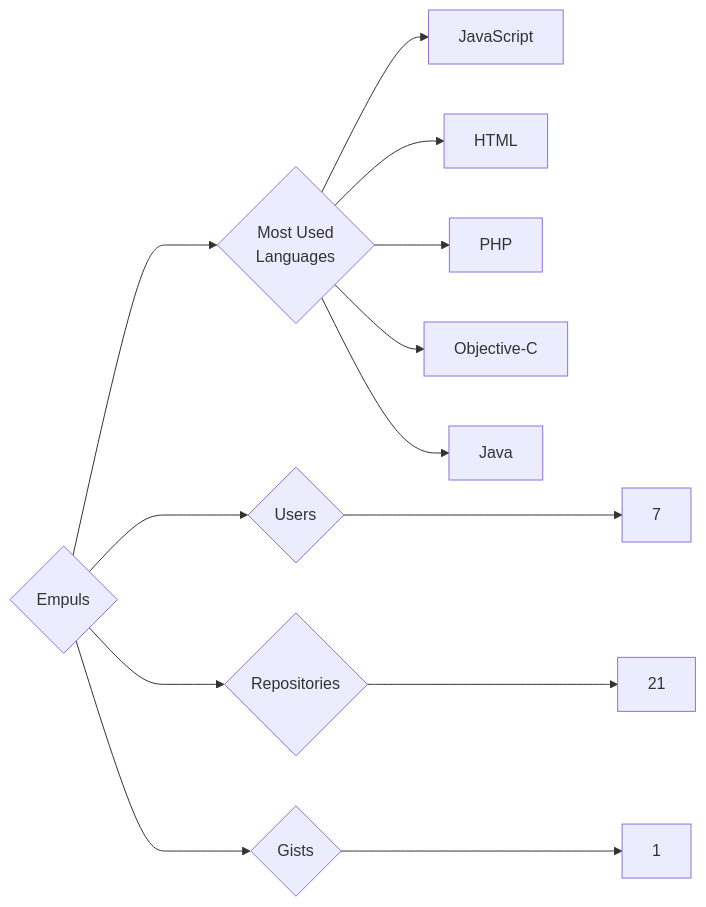
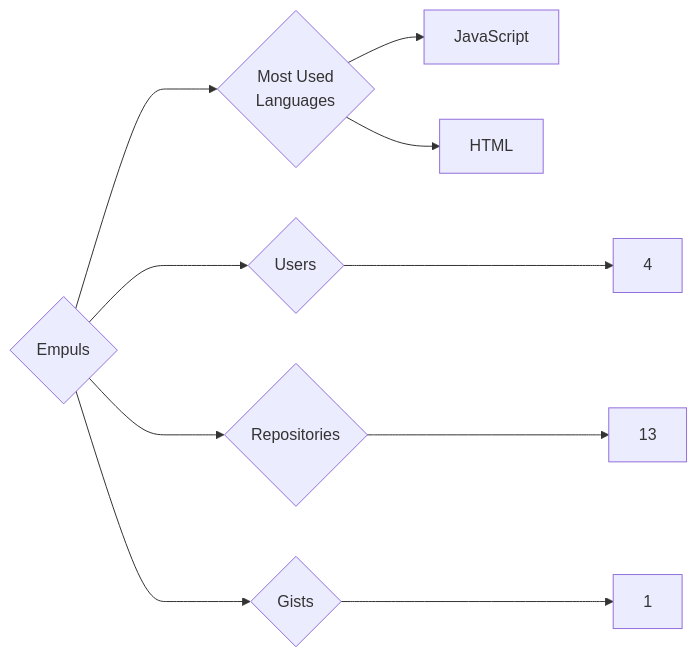
The diagram in targets/Empuls/README.md (trickest/insiders), drawn with Mermaid before and after one commit. The commit also changed 857 other files, not shown here.

````diff
--- a/targets/Empuls/README.md
+++ b/targets/Empuls/README.md
@@ -3,13 +3,10 @@
 ```mermaid
 graph LR
 COMPANY_NAME{Empuls}
-COMPANY_NAME ---> U{Users} ---> UN[7]
-COMPANY_NAME ---> R{Repositories} ---> RN[21]
+COMPANY_NAME ---> U{Users} ---> UN[4]
+COMPANY_NAME ---> R{Repositories} ---> RN[13]
 COMPANY_NAME ---> G{Gists} ---> GN[1]
 COMPANY_NAME ---> ML{Most Used<br>Languages}
 ML --> JavaScript[JavaScript]
 ML --> HTML[HTML]
-ML --> PHP[PHP]
-ML --> Objective-C[Objective-C]
-ML --> Java[Java]
 ```
````
